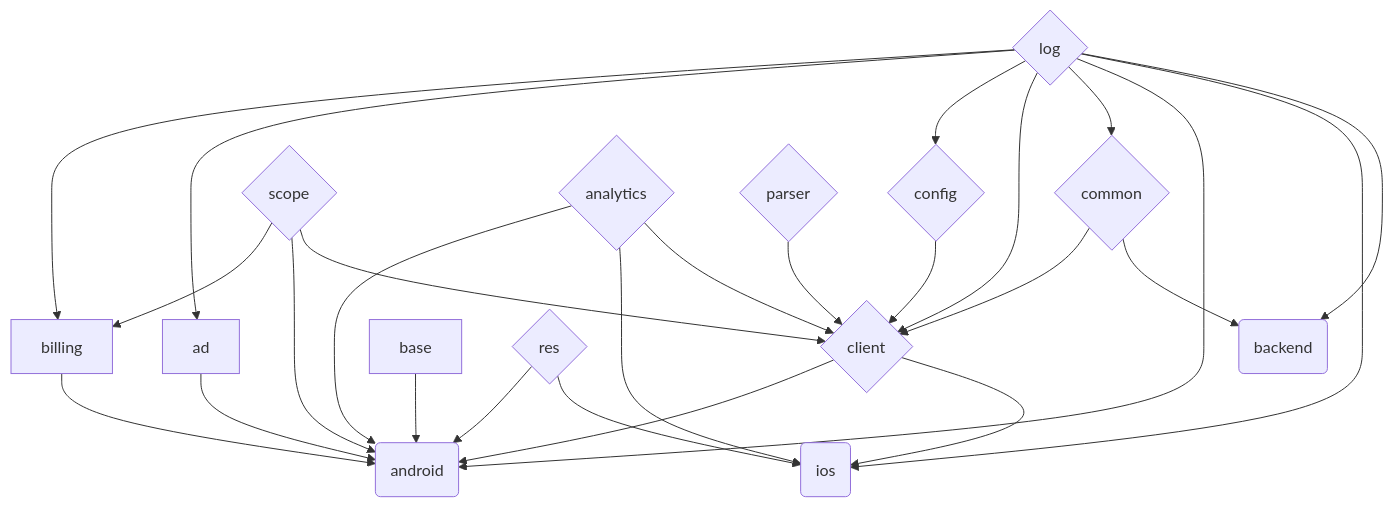
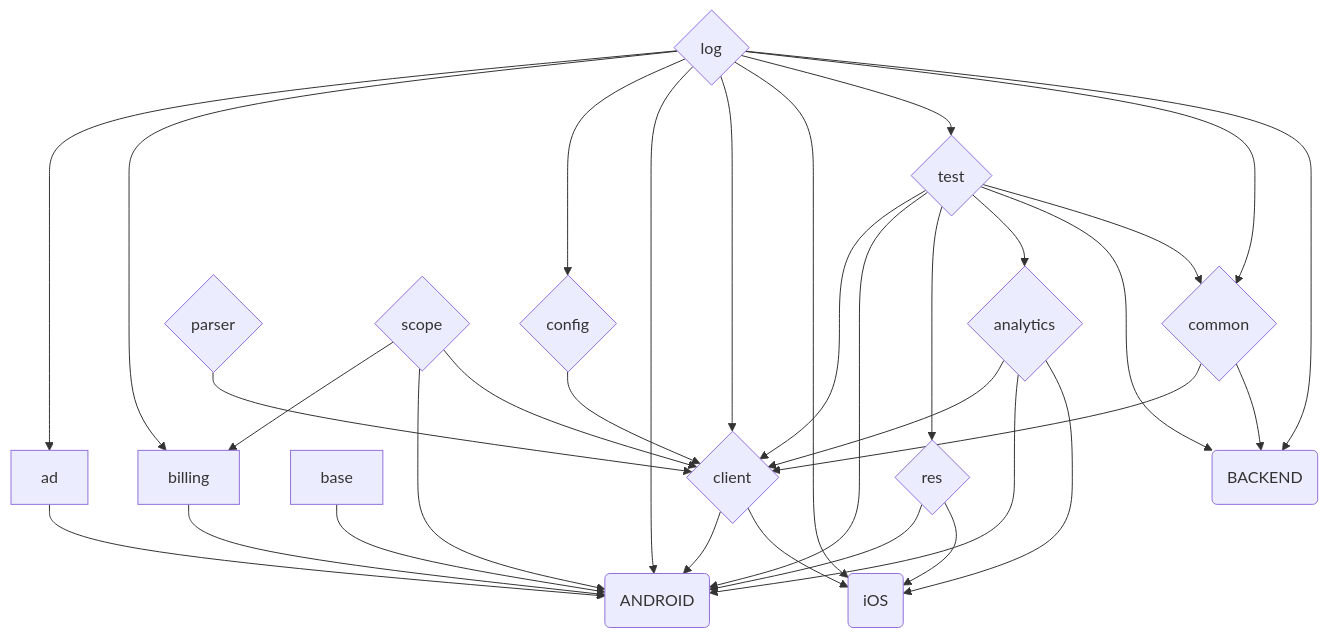
The first of 3 diagrams in README.md (Oztechan/CCC), drawn with Mermaid before and after one commit. The commit also changed 1 other file, not shown here.

Commit message:
[#1162] Update test module dependencies in README.md (#1163)

````diff
--- a/README.md
+++ b/README.md
@@ -28,43 +28,66 @@
 ```mermaid
 graph TD;
 
-log{log} --> billing
-log --> ad
-log --> config
-log --> client
-log --> common
-log --> android
-log --> ios
-log --> backend
+ad-->ANDROID
 
-scope{scope} --> billing
-scope --> android
+billing-->ANDROID
+
+base --> ANDROID
+
+test --> client
+test --> ANDROID
+test --> res
+test --> analytics
+test --> BACKEND
+test --> common
+
+parser --> client
+
+scope --> billing
+scope --> ANDROID
 scope --> client
 
-base --> android
+config-->client
 
-billing-->android
+analytics-->client
+analytics --> ANDROID
+analytics --> iOS
 
-ad-->android
+client-->ANDROID
+client-->iOS
 
-config{config}-->client
+res-->ANDROID
+res-->iOS
 
-analytics{analytics} --> android
-analytics --> ios
-analytics-->client
+log --> ad
+log --> billing
+log --> config
+log --> ANDROID
+log --> client
+log --> iOS
+log --> test
+log --> common
+log --> BACKEND
 
-res{res}-->android
-res-->ios
 
-parser{parser} --> client
+common-->client
+common-->BACKEND
 
-client{client}-->android
-client-->ios
+log{log}
+test{test}
+analytics{analytics}
+common{common}
+client{client}
+scope{scope}
+config{config}
+res{res}
+parser{parser}
 
-common{common}-->client
-common-->backend
+ad
+billing
+base
 
-android(android)
-ios(ios)
-backend(backend)
+ANDROID(ANDROID)
+iOS(iOS)
+BACKEND(BACKEND)
 ```
````
